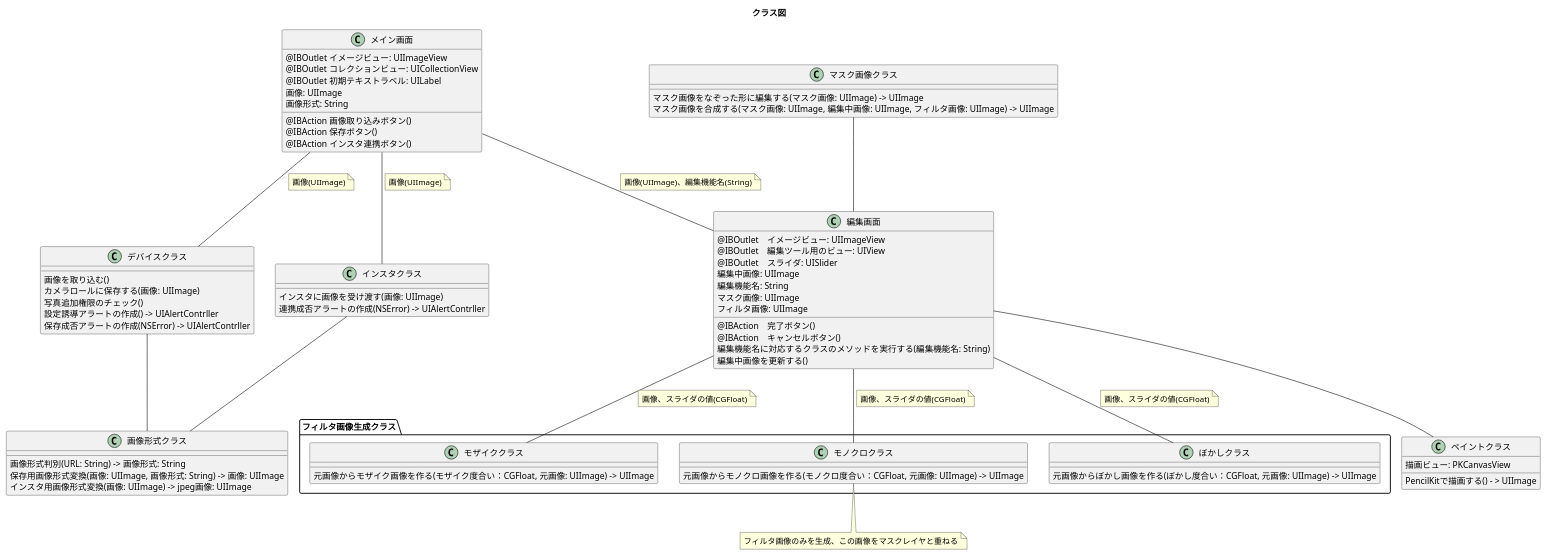
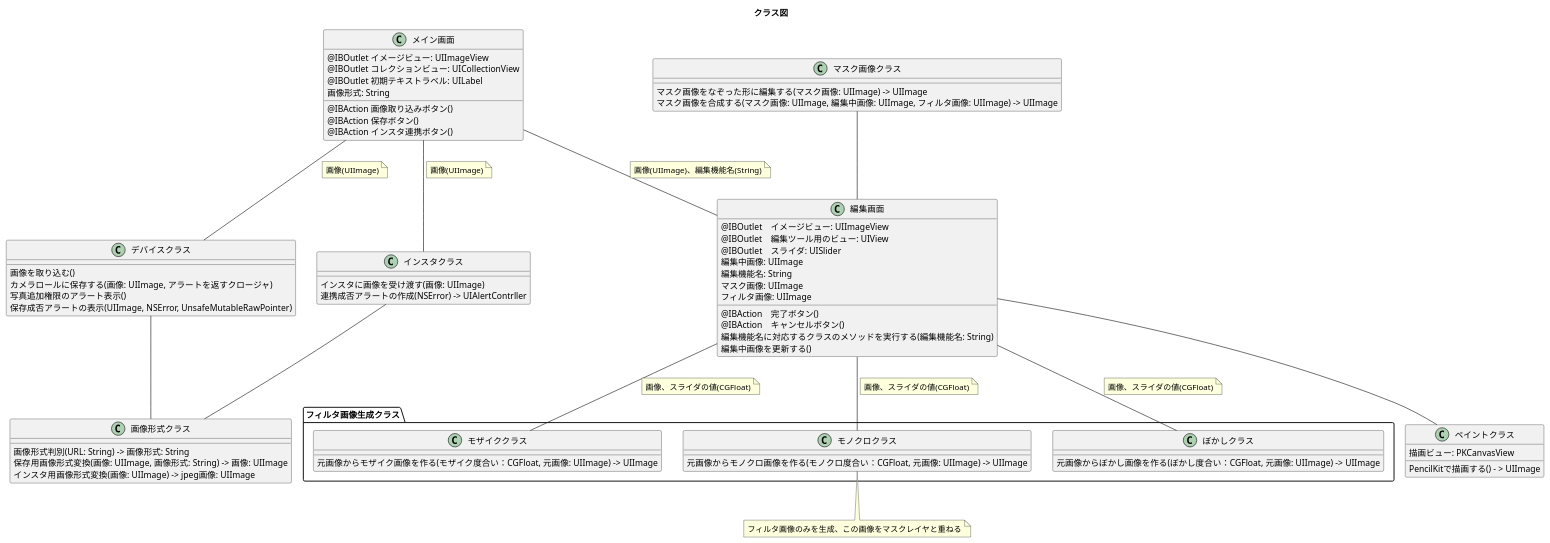
One commit to saganoH/InstaExt changed the diagram in InstaExt/docs/クラス図.plantuml. Above: the diagram before and after it, drawn with PlantUML.

Commit message:
[task] card_145 写真保存機能
* クラス図微修正

```diff
--- a/InstaExt/docs/クラス図.plantuml
+++ b/InstaExt/docs/クラス図.plantuml
@@ -1,112 +1,110 @@
 @startuml
 title "クラス図"
 
 class  メイン画面{
 @IBOutlet イメージビュー: UIImageView
 @IBOutlet コレクションビュー: UICollectionView
 @IBOutlet 初期テキストラベル: UILabel
-画像: UIImage
 画像形式: String
 @IBAction 画像取り込みボタン()
 @IBAction 保存ボタン()
 @IBAction インスタ連携ボタン()
 }
 
 class  編集画面{
 @IBOutlet　イメージビュー: UIImageView
 @IBOutlet　編集ツール用のビュー: UIView
 @IBOutlet　スライダ: UISlider
 編集中画像: UIImage
 編集機能名: String
 マスク画像: UIImage
 フィルタ画像: UIImage
 @IBAction　完了ボタン()
 @IBAction　キャンセルボタン()
 編集機能名に対応するクラスのメソッドを実行する(編集機能名: String)
 編集中画像を更新する()
 }
 
 class マスク画像クラス{
 マスク画像をなぞった形に編集する(マスク画像: UIImage) -> UIImage
 マスク画像を合成する(マスク画像: UIImage, 編集中画像: UIImage, フィルタ画像: UIImage) -> UIImage
 }
 
 class デバイスクラス{
 画像を取り込む()
-カメラロールに保存する(画像: UIImage)
-写真追加権限のチェック()
-設定誘導アラートの作成() -> UIAlertContrller
-保存成否アラートの作成(NSError) -> UIAlertContrller
+カメラロールに保存する(画像: UIImage, アラートを返すクロージャ)
+写真追加権限のアラート表示()
+保存成否アラートの表示(UIImage, NSError, UnsafeMutableRawPointer)
 }
 
 class インスタクラス{
 インスタに画像を受け渡す(画像: UIImage)
 連携成否アラートの作成(NSError) -> UIAlertContrller
 }
 
 class 画像形式クラス{
 画像形式判別(URL: String) -> 画像形式: String
 保存用画像形式変換(画像: UIImage, 画像形式: String) -> 画像: UIImage
 インスタ用画像形式変換(画像: UIImage) -> jpeg画像: UIImage
 }
 
 package フィルタ画像生成クラス {
 class ぼかしクラス{
 元画像からぼかし画像を作る(ぼかし度合い：CGFloat, 元画像: UIImage) -> UIImage
 }
 
 class モザイククラス{
 元画像からモザイク画像を作る(モザイク度合い：CGFloat, 元画像: UIImage) -> UIImage
 }
 
 class モノクロクラス{
 元画像からモノクロ画像を作る(モノクロ度合い：CGFloat, 元画像: UIImage) -> UIImage
 }
 }
 note bottom
   フィルタ画像のみを生成、この画像をマスクレイヤと重ねる
 end note
 
 
 class ペイントクラス{
 描画ビュー: PKCanvasView
 PencilKitで描画する() - > UIImage
 }
 
 メイン画面--編集画面
 note left on link
   画像(UIImage)、編集機能名(String)
 end note
 
 メイン画面--デバイスクラス
 note left on link
   画像(UIImage)
 end note
 
 メイン画面--インスタクラス
 note left on link
   画像(UIImage)
 end note
 
 デバイスクラス--画像形式クラス
 インスタクラス--画像形式クラス
 
 マスク画像クラス--編集画面
 
 編集画面--ぼかしクラス
 note left on link
   画像、スライダの値(CGFloat)
 end note
 
 編集画面--モザイククラス
 note left on link
   画像、スライダの値(CGFloat)
 end note
 
 編集画面--モノクロクラス
 note left on link
   画像、スライダの値(CGFloat)
 end note
 
 編集画面--ペイントクラス
 @enduml
```
